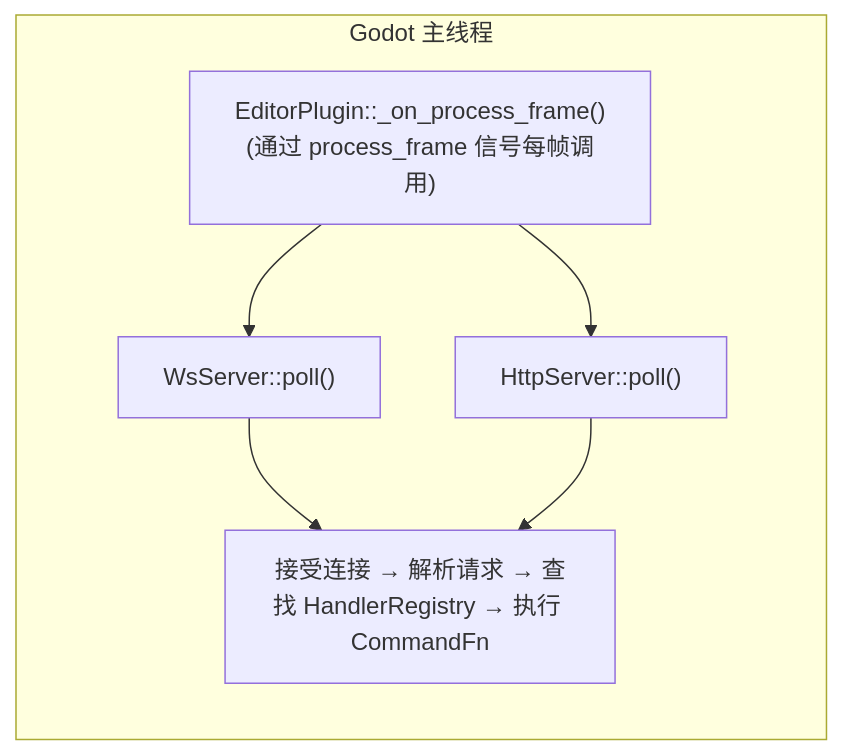
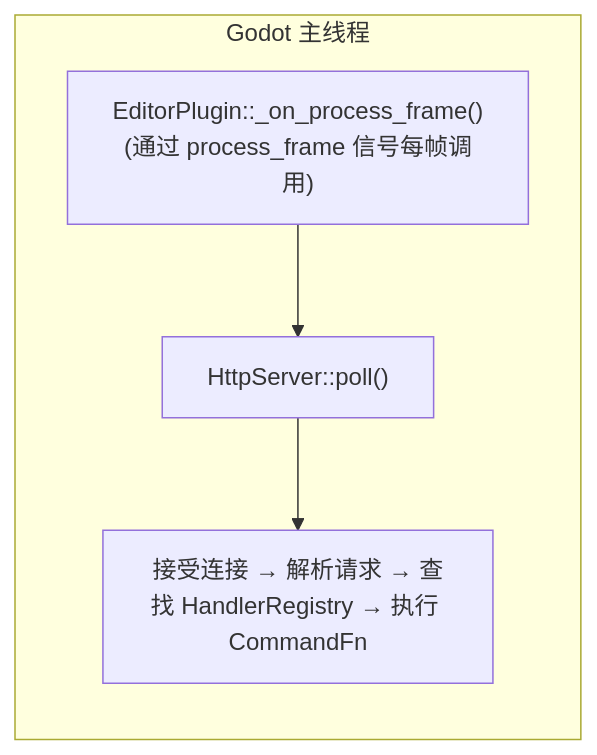
One commit to jesspig/GodotMCP-GDExtension changed the diagram in .repo_wiki/overview/threading-model.md. Above: the diagram before and after it, drawn with Mermaid. The commit also changed other lines of this file and 24 other files, not shown here.

````diff
--- a/.repo_wiki/overview/threading-model.md
+++ b/.repo_wiki/overview/threading-model.md
@@ -7,15 +7,12 @@
 ```mermaid
 flowchart LR
     subgraph MAIN["Godot 主线程"]
         direction TB
         A["EditorPlugin::_on_process_frame()<br/>(通过 process_frame 信号每帧调用)"]
-        B["WsServer::poll()"]
         C["HttpServer::poll()"]
         D["接受连接 → 解析请求 → 查找 HandlerRegistry → 执行 CommandFn"]
     end
     
-    A --> B
     A --> C
-    B --> D
     C --> D
 ```
````
